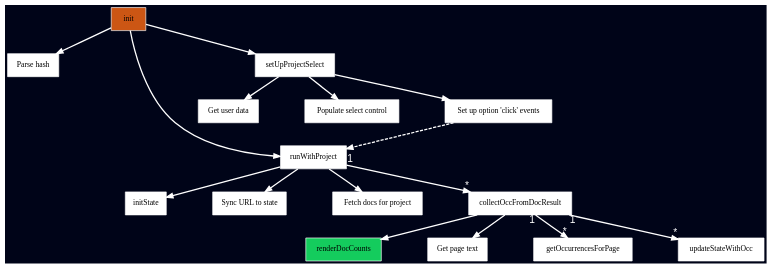
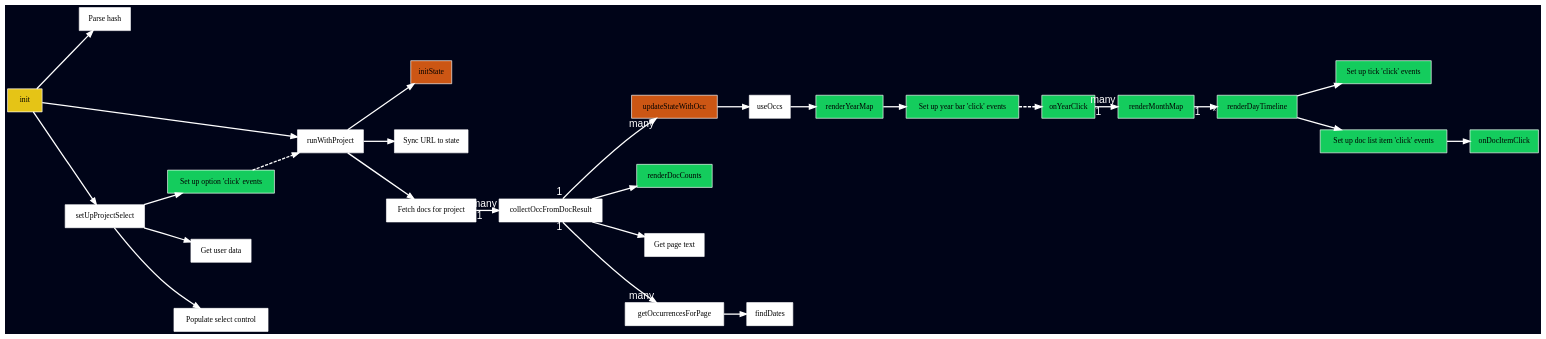
One commit to MuckRock/timeline-addon changed the diagram in meta/sequence.dot. Above: the diagram before and after it, drawn with Graphviz. The commit also changed 2 other files, not shown here.

Commit message:
Update diagram, explain it in README.

```diff
--- a/meta/sequence.dot
+++ b/meta/sequence.dot
@@ -1,37 +1,61 @@
 digraph {
-  graph [fontsize=12, fontname=Ubuntu, penwidth=2];
+  graph [fontsize=12, fontname=Ubuntu, penwidth=2, rankdir="LR"];
   node [fontsize=12, fontname=Ubuntu, shape=rectangle, style=filled, color="#ffffff"];
   edge [fontsize=16, fontname=Helvetica, color="#ffffff", fontcolor="#ffffff", penwidth=2];
   nodesep=1;
   overlap=false;
   root=init;
   dim=4;
   mode=ipsep;
   sep=0.4
   bgcolor="#000418";
 
   // Forward node declarations.
-  init [fillcolor="0.06 0.9 0.8"];
-  renderDocCounts [fillcolor="0.4 0.9 0.8"]
+  init [fillcolor="0.14 0.9 0.9"];
+  initState [fillcolor="0.06 0.9 0.8"];
+  updateStateWithOcc [fillcolor="0.06 0.9 0.8"];
+  
+  renderDocCounts [fillcolor="0.4 0.9 0.8"];
+  renderYearMap [fillcolor="0.4 0.9 0.8"];
+  "Set up option 'click' events" [fillcolor="0.4 0.9 0.8"];
+  "Set up year bar 'click' events" [fillcolor="0.4 0.9 0.8"];
+  onYearClick [fillcolor="0.4 0.9 0.8"];
+  renderMonthMap [fillcolor="0.4 0.9 0.8"];
+  renderDayTimeline [fillcolor="0.4 0.9 0.8"];
+  "Set up tick 'click' events" [fillcolor="0.4 0.9 0.8"];
+  "Set up doc list item 'click' events" [fillcolor="0.4 0.9 0.8"];
+  onDocItemClick [fillcolor="0.4 0.9 0.8"];
   
   init -> "Parse hash";
   init -> runWithProject;
   init -> setUpProjectSelect;
   
   setUpProjectSelect -> "Get user data";
   setUpProjectSelect -> "Populate select control";
   setUpProjectSelect -> "Set up option 'click' events";
   
   "Set up option 'click' events" -> runWithProject [style=dashed];
   
   runWithProject -> initState;
   runWithProject -> "Sync URL to state";
   runWithProject -> "Fetch docs for project";
-  runWithProject -> collectOccFromDocResult [headlabel="*", taillabel="1"];
+  "Fetch docs for project" -> collectOccFromDocResult [headlabel="many", taillabel="1"];
   
   collectOccFromDocResult -> "Get page text";
-  collectOccFromDocResult -> getOccurrencesForPage [headlabel="*", taillabel="1"];
-  collectOccFromDocResult -> updateStateWithOcc [headlabel="*", taillabel="1"];
+  collectOccFromDocResult -> getOccurrencesForPage [headlabel="many", taillabel="1"];
+  collectOccFromDocResult -> updateStateWithOcc [headlabel="many", taillabel="1"];
   collectOccFromDocResult -> renderDocCounts;
   
+  getOccurrencesForPage -> findDates;
+  updateStateWithOcc -> useOccs;
+  
+  useOccs -> renderYearMap;
+  renderYearMap -> "Set up year bar 'click' events";
+  
+  "Set up year bar 'click' events" -> onYearClick [style=dashed];
+  onYearClick -> renderMonthMap [headlabel="many", taillabel="1"];
+  renderMonthMap -> renderDayTimeline [headlabel="*", taillabel="1"];
+  renderDayTimeline -> "Set up tick 'click' events";
+  renderDayTimeline -> "Set up doc list item 'click' events";
+  "Set up doc list item 'click' events" -> onDocItemClick;
 }
```
